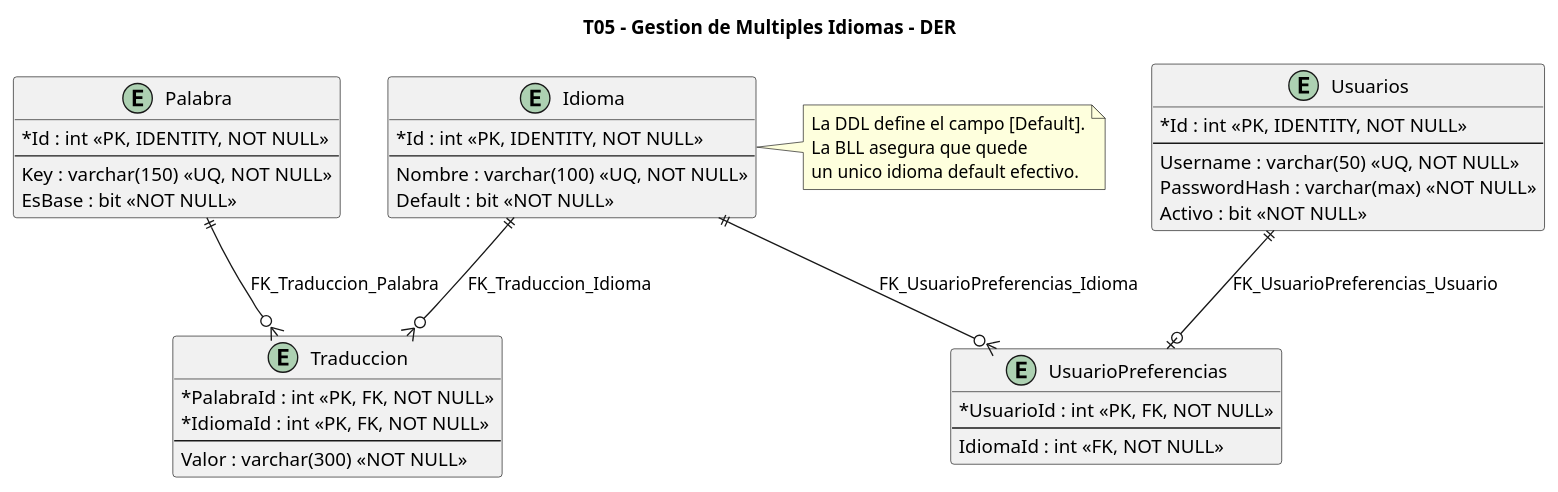
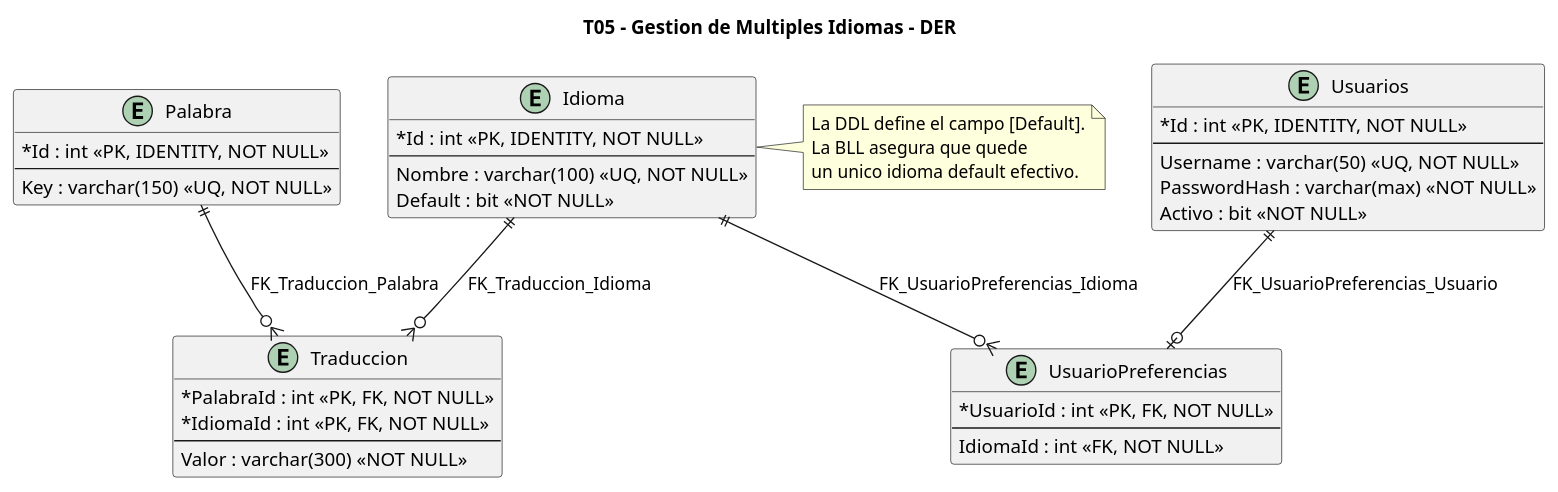
The diagram in diagramas/T05-multidioma/T05-multidioma-datos.puml (aggutierrez98/TP-TD), drawn with PlantUML before and after one commit. The commit also changed 28 other files, not shown here.

```diff
--- a/diagramas/T05-multidioma/T05-multidioma-datos.puml
+++ b/diagramas/T05-multidioma/T05-multidioma-datos.puml
@@ -1,54 +1,53 @@
 @startuml
 title T05 - Gestion de Multiples Idiomas - DER
 
 hide methods
 hide stereotypes
 skinparam classAttributeIconSize 0
 
 entity "Usuarios" as Usuarios {
   *Id : int <<PK, IDENTITY, NOT NULL>>
   --
   Username : varchar(50) <<UQ, NOT NULL>>
   PasswordHash : varchar(max) <<NOT NULL>>
   Activo : bit <<NOT NULL>>
 }
 
 entity "Idioma" as Idioma {
   *Id : int <<PK, IDENTITY, NOT NULL>>
   --
   Nombre : varchar(100) <<UQ, NOT NULL>>
   Default : bit <<NOT NULL>>
 }
 
 entity "Palabra" as Palabra {
   *Id : int <<PK, IDENTITY, NOT NULL>>
   --
   Key : varchar(150) <<UQ, NOT NULL>>
-  EsBase : bit <<NOT NULL>>
 }
 
 entity "Traduccion" as Traduccion {
   *PalabraId : int <<PK, FK, NOT NULL>>
   *IdiomaId : int <<PK, FK, NOT NULL>>
   --
   Valor : varchar(300) <<NOT NULL>>
 }
 
 entity "UsuarioPreferencias" as UsuarioPreferencias {
   *UsuarioId : int <<PK, FK, NOT NULL>>
   --
   IdiomaId : int <<FK, NOT NULL>>
 }
 
 Palabra ||--o{ Traduccion : FK_Traduccion_Palabra
 Idioma ||--o{ Traduccion : FK_Traduccion_Idioma
 Usuarios ||--o| UsuarioPreferencias : FK_UsuarioPreferencias_Usuario
 Idioma ||--o{ UsuarioPreferencias : FK_UsuarioPreferencias_Idioma
 
 note right of Idioma
   La DDL define el campo [Default].
   La BLL asegura que quede
   un unico idioma default efectivo.
 end note
 
 @enduml
```
